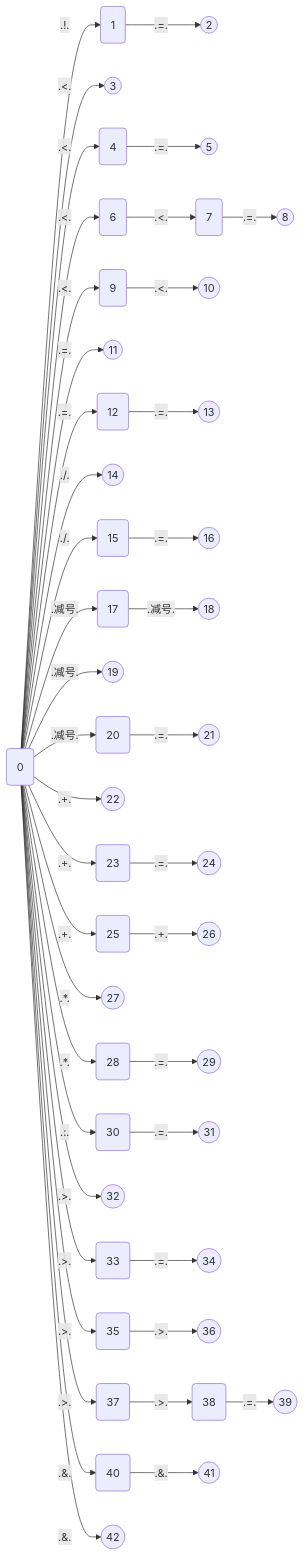
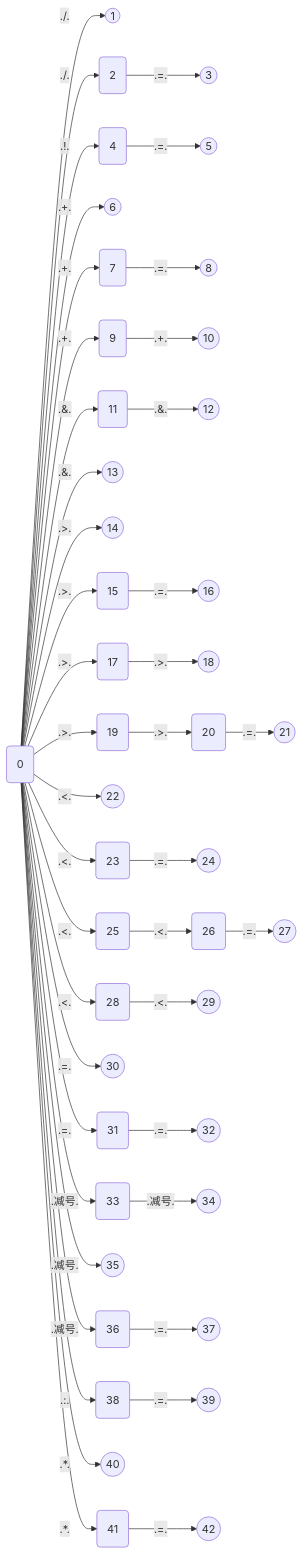
Before and after one commit to Lxy417165709/translater: the diagram in doc/gen/LexicalInformation/stateMachine/O 状态机.md, drawn with Mermaid. The commit also changed 34 other files, not shown here.

````diff
--- a/doc/gen/LexicalInformation/stateMachine/O 状态机.md
+++ b/doc/gen/LexicalInformation/stateMachine/O 状态机.md
@@ -1,45 +1,45 @@
 ```mermaid
 graph LR
-id:1(1) -- .=. --> id:2((2))
-id:0(0) -- .!. --> id:1(1)
-id:0(0) -- .<. --> id:3((3))
+id:0(0) -- ./. --> id:1((1))
+id:2(2) -- .=. --> id:3((3))
+id:0(0) -- ./. --> id:2(2)
 id:4(4) -- .=. --> id:5((5))
-id:0(0) -- .<. --> id:4(4)
+id:0(0) -- .!. --> id:4(4)
+id:0(0) -- .+. --> id:6((6))
 id:7(7) -- .=. --> id:8((8))
-id:6(6) -- .<. --> id:7(7)
-id:0(0) -- .<. --> id:6(6)
-id:9(9) -- .<. --> id:10((10))
-id:0(0) -- .<. --> id:9(9)
-id:0(0) -- .=. --> id:11((11))
-id:12(12) -- .=. --> id:13((13))
-id:0(0) -- .=. --> id:12(12)
-id:0(0) -- ./. --> id:14((14))
+id:0(0) -- .+. --> id:7(7)
+id:9(9) -- .+. --> id:10((10))
+id:0(0) -- .+. --> id:9(9)
+id:11(11) -- .&. --> id:12((12))
+id:0(0) -- .&. --> id:11(11)
+id:0(0) -- .&. --> id:13((13))
+id:0(0) -- .>. --> id:14((14))
 id:15(15) -- .=. --> id:16((16))
-id:0(0) -- ./. --> id:15(15)
-id:17(17) -- .减号. --> id:18((18))
-id:0(0) -- .减号. --> id:17(17)
-id:0(0) -- .减号. --> id:19((19))
+id:0(0) -- .>. --> id:15(15)
+id:17(17) -- .>. --> id:18((18))
+id:0(0) -- .>. --> id:17(17)
 id:20(20) -- .=. --> id:21((21))
-id:0(0) -- .减号. --> id:20(20)
-id:0(0) -- .+. --> id:22((22))
+id:19(19) -- .>. --> id:20(20)
+id:0(0) -- .>. --> id:19(19)
+id:0(0) -- .<. --> id:22((22))
 id:23(23) -- .=. --> id:24((24))
-id:0(0) -- .+. --> id:23(23)
-id:25(25) -- .+. --> id:26((26))
-id:0(0) -- .+. --> id:25(25)
-id:0(0) -- .*. --> id:27((27))
-id:28(28) -- .=. --> id:29((29))
-id:0(0) -- .*. --> id:28(28)
-id:30(30) -- .=. --> id:31((31))
-id:0(0) -- .:. --> id:30(30)
-id:0(0) -- .>. --> id:32((32))
-id:33(33) -- .=. --> id:34((34))
-id:0(0) -- .>. --> id:33(33)
-id:35(35) -- .>. --> id:36((36))
-id:0(0) -- .>. --> id:35(35)
+id:0(0) -- .<. --> id:23(23)
+id:26(26) -- .=. --> id:27((27))
+id:25(25) -- .<. --> id:26(26)
+id:0(0) -- .<. --> id:25(25)
+id:28(28) -- .<. --> id:29((29))
+id:0(0) -- .<. --> id:28(28)
+id:0(0) -- .=. --> id:30((30))
+id:31(31) -- .=. --> id:32((32))
+id:0(0) -- .=. --> id:31(31)
+id:33(33) -- .减号. --> id:34((34))
+id:0(0) -- .减号. --> id:33(33)
+id:0(0) -- .减号. --> id:35((35))
+id:36(36) -- .=. --> id:37((37))
+id:0(0) -- .减号. --> id:36(36)
 id:38(38) -- .=. --> id:39((39))
-id:37(37) -- .>. --> id:38(38)
-id:0(0) -- .>. --> id:37(37)
-id:40(40) -- .&. --> id:41((41))
-id:0(0) -- .&. --> id:40(40)
-id:0(0) -- .&. --> id:42((42))
+id:0(0) -- .:. --> id:38(38)
+id:0(0) -- .*. --> id:40((40))
+id:41(41) -- .=. --> id:42((42))
+id:0(0) -- .*. --> id:41(41)
 ```
````
